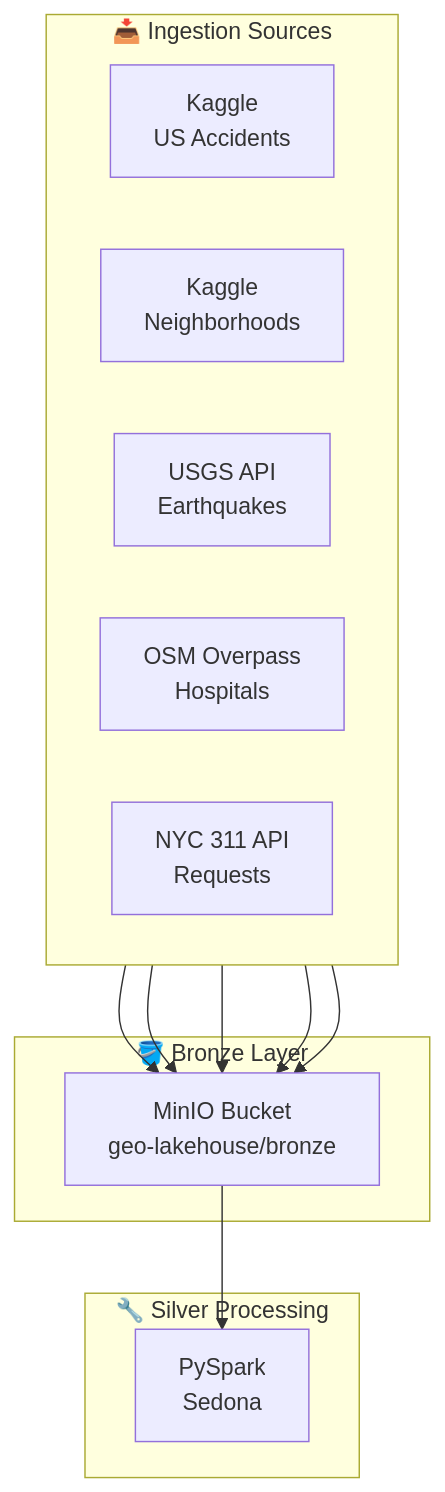
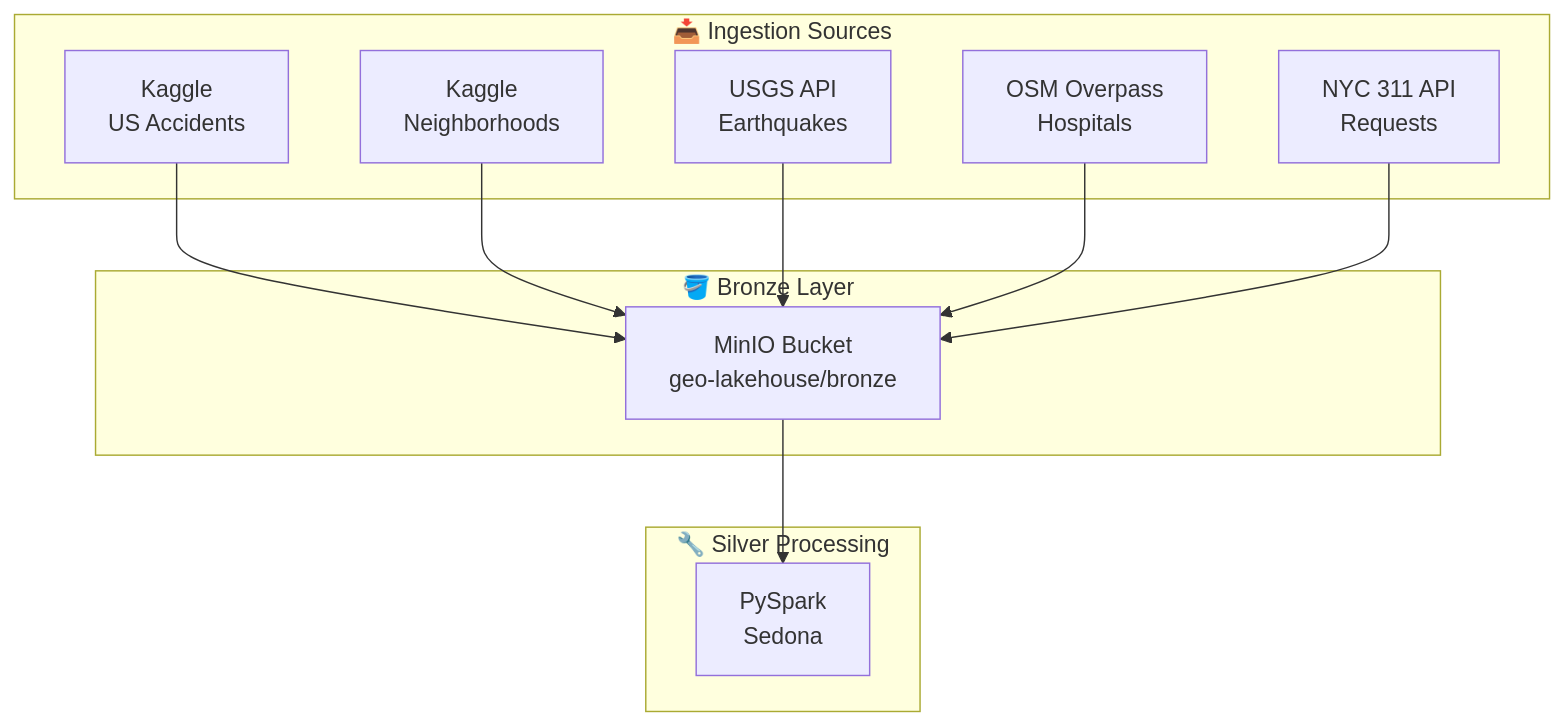
The fourth of 5 diagrams in README.md (matiasmagni/geo-ai-medallion-architecture-pipeline), drawn with Mermaid before and after one commit.

Commit message:
Fix README: Data Sources layout to maintain vertical flow in diagrams

````diff
--- a/README.md
+++ b/README.md
@@ -143,26 +144,25 @@
 ```mermaid
 flowchart TB
     subgraph "📥 Ingestion Sources"
-        direction LR
         K1[Kaggle<br/>US Accidents]
         K2[Kaggle<br/>Neighborhoods]
         U[USGS API<br/>Earthquakes]
         O[OSM Overpass<br/>Hospitals]
         N[NYC 311 API<br/>Requests]
     end
     
     subgraph "🪣 Bronze Layer"
         B[MinIO Bucket<br/>geo-lakehouse/bronze]
     end
     
     subgraph "🔧 Silver Processing"
         P[PySpark<br/>Sedona]
     end
     
     K1 --> B
     K2 --> B
     U --> B
     O --> B
     N --> B
     B --> P
 ```
````
